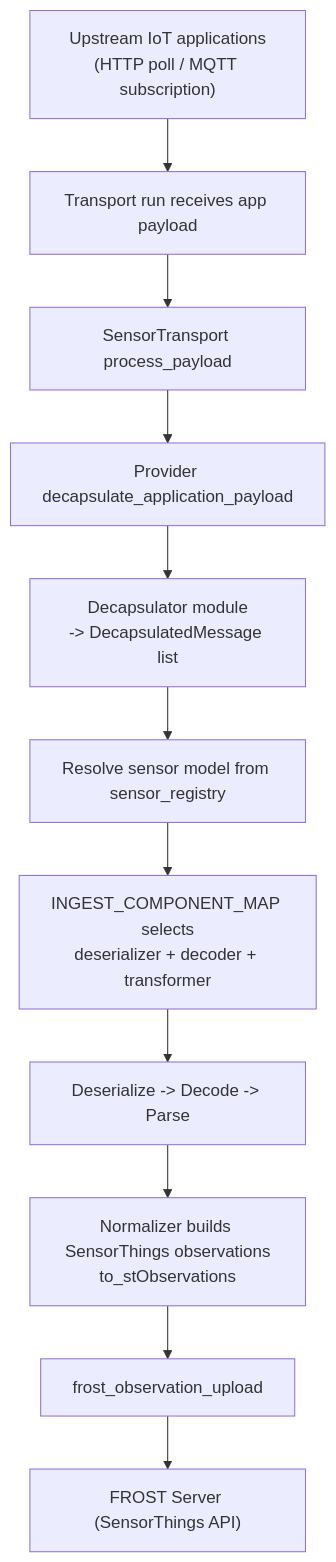
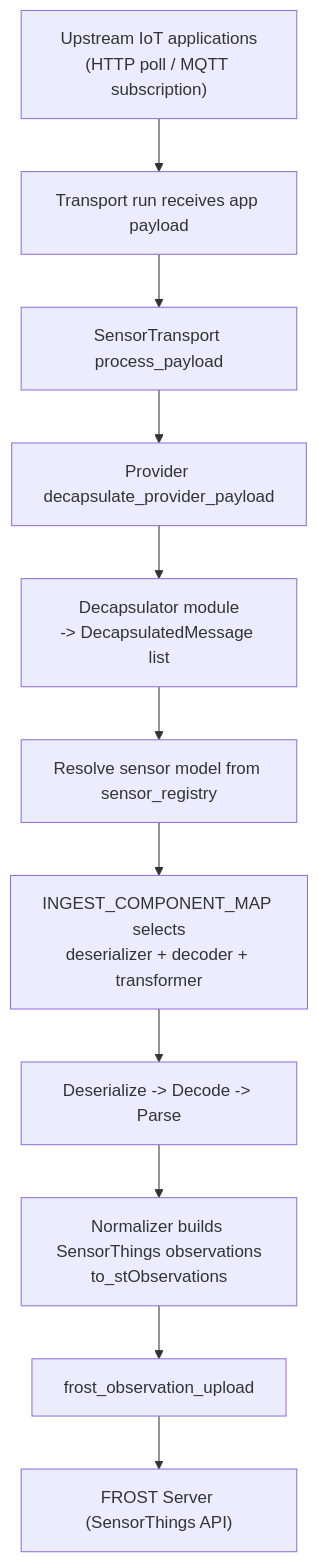
The diagram in README.md (justinschembri/rime), drawn with Mermaid before and after one commit. The commit also changed 29 other files, not shown here.

````diff
--- a/README.md
+++ b/README.md
@@ -21,13 +21,13 @@
 ```mermaid
 flowchart TD
     A["Upstream IoT applications<br/>(HTTP poll / MQTT subscription)"] --> B["Transport run receives app payload"]
     B --> C["SensorTransport process_payload"]
-    C --> D["Provider decapsulate_application_payload"]
+    C --> D["Provider decapsulate_provider_payload"]
     D --> E["Decapsulator module<br/>-> DecapsulatedMessage list"]
     E --> F["Resolve sensor model from sensor_registry"]
     F --> G["INGEST_COMPONENT_MAP selects<br/>deserializer + decoder + transformer"]
     G --> H["Deserialize -> Decode -> Parse"]
     H --> I["Normalizer builds SensorThings observations<br/>to_stObservations"]
     I --> J["frost_observation_upload"]
     J --> K["FROST Server (SensorThings API)"]
 ```
````
